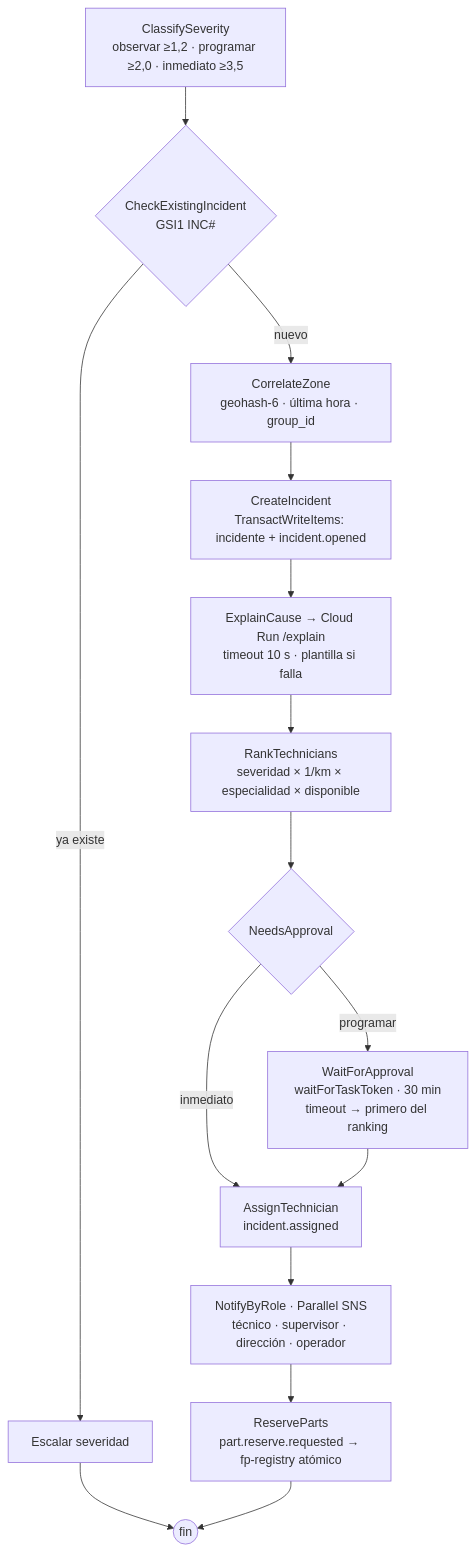
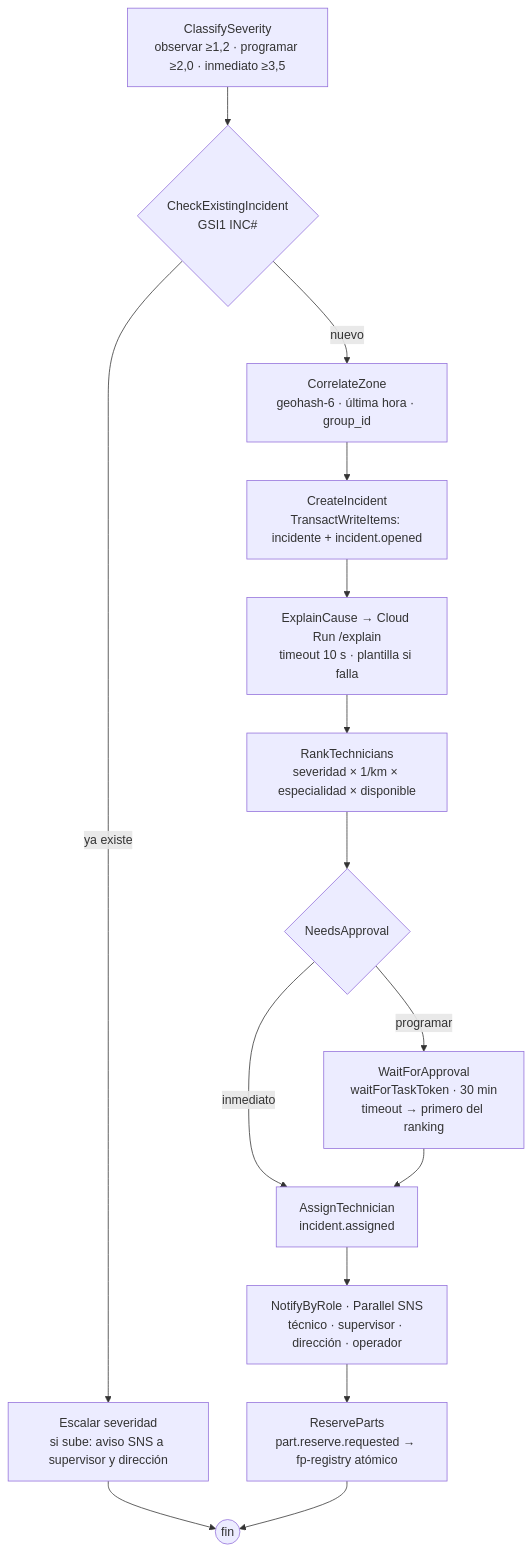
Before and after one commit to ArquiFusion-motosierra/fleetpulse: the first of 2 diagrams in docs/architecture.md, drawn with Mermaid. The commit also changed 4 other files, not shown here.

````diff
--- a/docs/architecture.md
+++ b/docs/architecture.md
@@ -53,16 +53,16 @@
 ```mermaid
 flowchart TD
     A[ClassifySeverity<br/>observar ≥1,2 · programar ≥2,0 · inmediato ≥3,5] --> B{CheckExistingIncident<br/>GSI1 INC#}
-    B -- ya existe --> B2[Escalar severidad] --> Z((fin))
+    B -- ya existe --> B2[Escalar severidad<br/>si sube: aviso SNS a supervisor y dirección] --> Z((fin))
     B -- nuevo --> C[CorrelateZone<br/>geohash-6 · última hora · group_id]
     C --> D[CreateIncident<br/>TransactWriteItems: incidente + incident.opened]
     D --> E[ExplainCause → Cloud Run /explain<br/>timeout 10 s · plantilla si falla]
     E --> F[RankTechnicians<br/>severidad × 1/km × especialidad × disponible]
     F --> G{NeedsApproval}
     G -- programar --> H[WaitForApproval<br/>waitForTaskToken · 30 min<br/>timeout → primero del ranking]
     G -- inmediato --> I
     H --> I[AssignTechnician<br/>incident.assigned]
     I --> J[NotifyByRole · Parallel SNS<br/>técnico · supervisor · dirección · operador]
     J --> K[ReserveParts<br/>part.reserve.requested → fp-registry atómico]
     K --> Z
 ```
````
